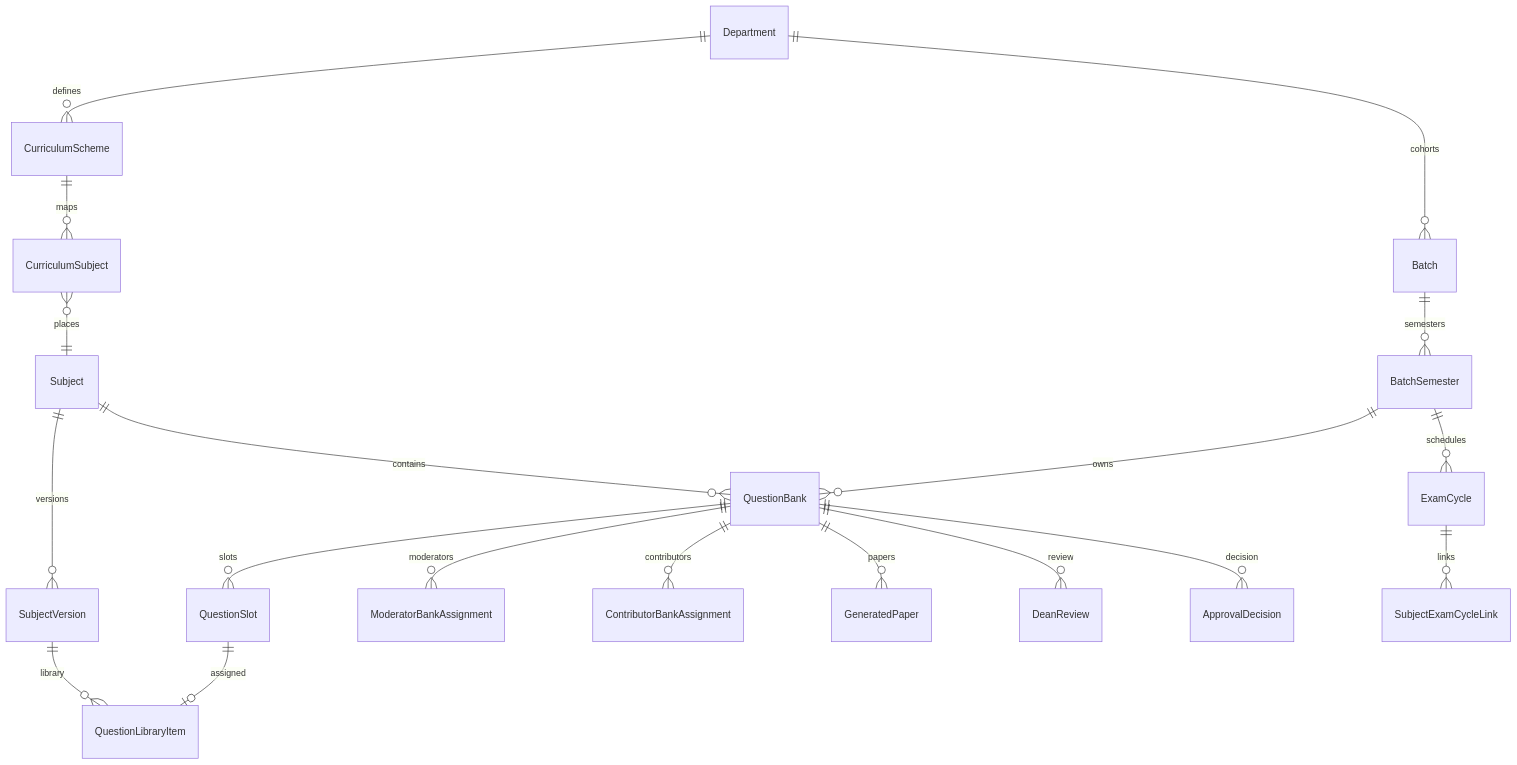
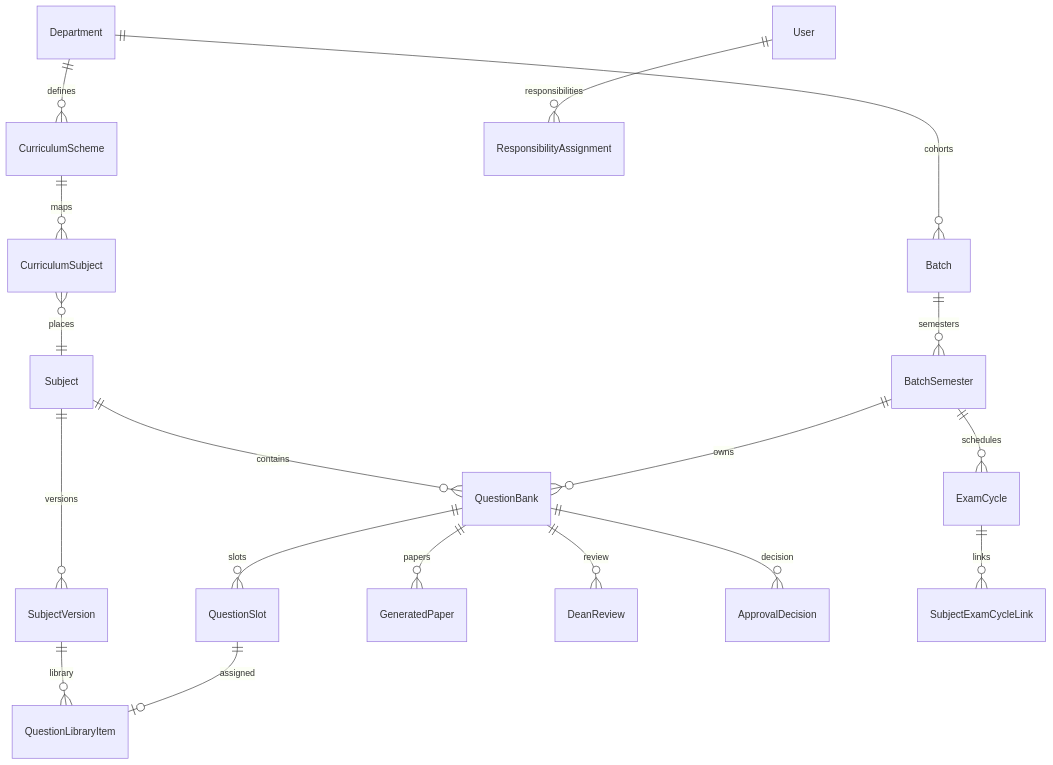
One commit to Newer1107/EMQPGS changed the third of 6 diagrams in README.md. Above: the diagram before and after it, drawn with Mermaid. The commit also changed other lines of this file and 139 other files, not shown here.

````diff
--- a/README.md
+++ b/README.md
@@ -89,21 +105,20 @@
 ```mermaid
 erDiagram
     Department ||--o{ CurriculumScheme : defines
     CurriculumScheme ||--o{ CurriculumSubject : maps
     CurriculumSubject }o--|| Subject : places
     Subject ||--o{ QuestionBank : contains
     Subject ||--o{ SubjectVersion : versions
     SubjectVersion ||--o{ QuestionLibraryItem : library
     QuestionBank ||--o{ QuestionSlot : slots
     QuestionSlot ||--o| QuestionLibraryItem : assigned
-    QuestionBank ||--o{ ModeratorBankAssignment : moderators
-    QuestionBank ||--o{ ContributorBankAssignment : contributors
+    User ||--o{ ResponsibilityAssignment : responsibilities
     QuestionBank ||--o{ GeneratedPaper : papers
     QuestionBank ||--o{ DeanReview : review
     QuestionBank ||--o{ ApprovalDecision : decision
     Department ||--o{ Batch : cohorts
     Batch ||--o{ BatchSemester : semesters
     BatchSemester ||--o{ QuestionBank : owns
     BatchSemester ||--o{ ExamCycle : schedules
     ExamCycle ||--o{ SubjectExamCycleLink : links
 ```
````
